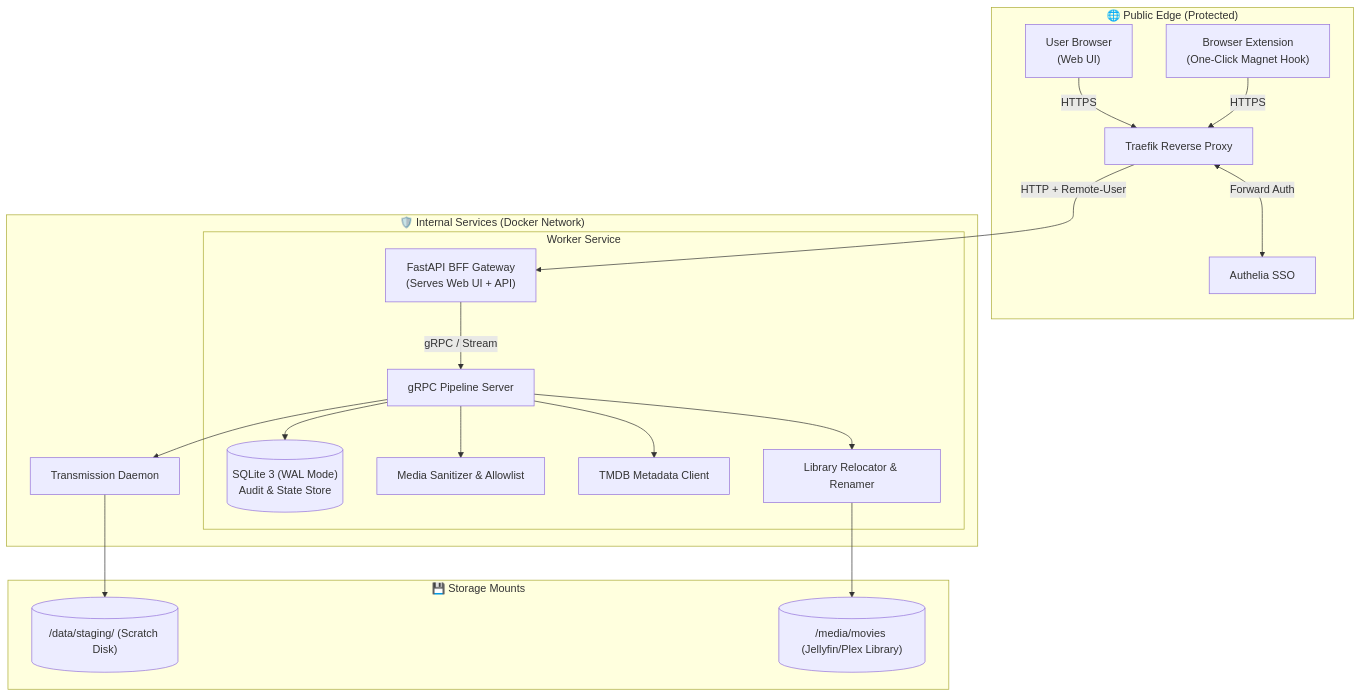
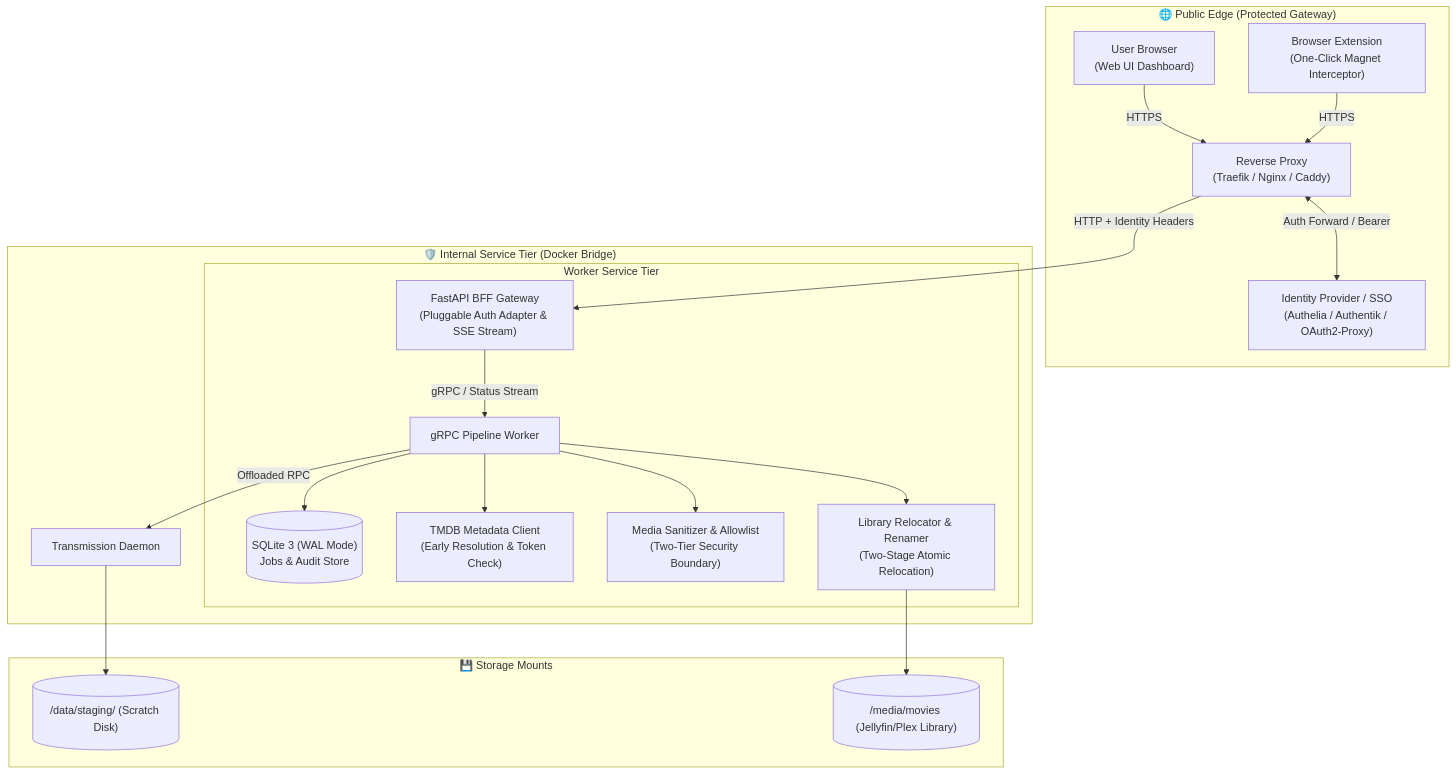
One commit to kiskaadee/MagNetFlix changed the first of 2 diagrams in docs/architecture.md. Above: the diagram before and after it, drawn with Mermaid. The commit also changed other lines of this file and 6 other files, not shown here.

First line of the commit message:
docs(architecture): reconcile ADRs, roadmap, and pipeline invariants

````diff
--- a/docs/architecture.md
+++ b/docs/architecture.md
@@ -9,27 +9,27 @@
 ```mermaid
 flowchart TB
-    subgraph Edge ["🌐 Public Edge (Protected)"]
-        Browser["User Browser\n(Web UI)"] -->|HTTPS| Traefik["Traefik Reverse Proxy"]
-        Extension["Browser Extension\n(One-Click Magnet Hook)"] -->|HTTPS| Traefik
-        Traefik <-->|Forward Auth| Authelia["Authelia SSO"]
+    subgraph Edge ["🌐 Public Edge (Protected Gateway)"]
+        Browser["User Browser\n(Web UI Dashboard)"] -->|HTTPS| Proxy["Reverse Proxy\n(Traefik / Nginx / Caddy)"]
+        Extension["Browser Extension\n(One-Click Magnet Interceptor)"] -->|HTTPS| Proxy
+        Proxy <-->|Auth Forward / Bearer| SSO["Identity Provider / SSO\n(Authelia / Authentik / OAuth2-Proxy)"]
     end
 
-    subgraph InternalServices ["🛡️ Internal Services (Docker Network)"]
-        Traefik -->|HTTP + Remote-User| BFF["FastAPI BFF Gateway\n(Serves Web UI + API)"]
+    subgraph InternalServices ["🛡️ Internal Service Tier (Docker Bridge)"]
+        Proxy -->|HTTP + Identity Headers| BFF["FastAPI BFF Gateway\n(Pluggable Auth Adapter & SSE Stream)"]
         
-        subgraph WorkerApp ["Worker Service"]
-            BFF -->|gRPC / Stream| Worker["gRPC Pipeline Server"]
-            Worker --> DB[("SQLite 3 (WAL Mode)\nAudit & State Store")]
-            Worker --> Sanitizer["Media Sanitizer & Allowlist"]
-            Worker --> MetaService["TMDB Metadata Client"]
-            Worker --> StorageMgr["Library Relocator & Renamer"]
+        subgraph WorkerApp ["Worker Service Tier"]
+            BFF -->|gRPC / Status Stream| Worker["gRPC Pipeline Worker"]
+            Worker --> DB[("SQLite 3 (WAL Mode)\nJobs & Audit Store")]
+            Worker --> MetaService["TMDB Metadata Client\n(Early Resolution & Token Check)"]
+            Worker --> Sanitizer["Media Sanitizer & Allowlist\n(Two-Tier Security Boundary)"]
+            Worker --> StorageMgr["Library Relocator & Renamer\n(Two-Stage Atomic Relocation)"]
         end
 
-        Worker --> Torrent["Transmission Daemon"]
+        Worker -->|Offloaded RPC| Torrent["Transmission Daemon"]
     end
 
     subgraph Volumes ["💾 Storage Mounts"]
         Torrent --> StagingDir[("/data/staging/<job_id> (Scratch Disk)")]
         StorageMgr --> FinalMedia[("/media/movies (Jellyfin/Plex Library)")]
     end
 ```
````
